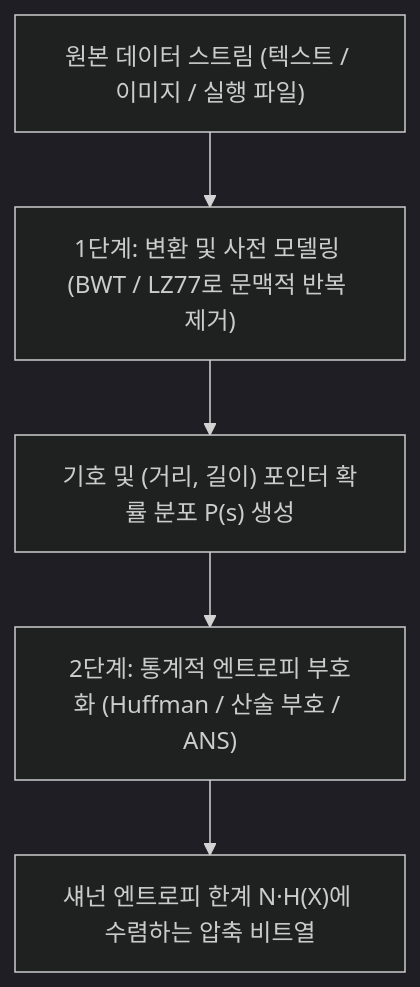
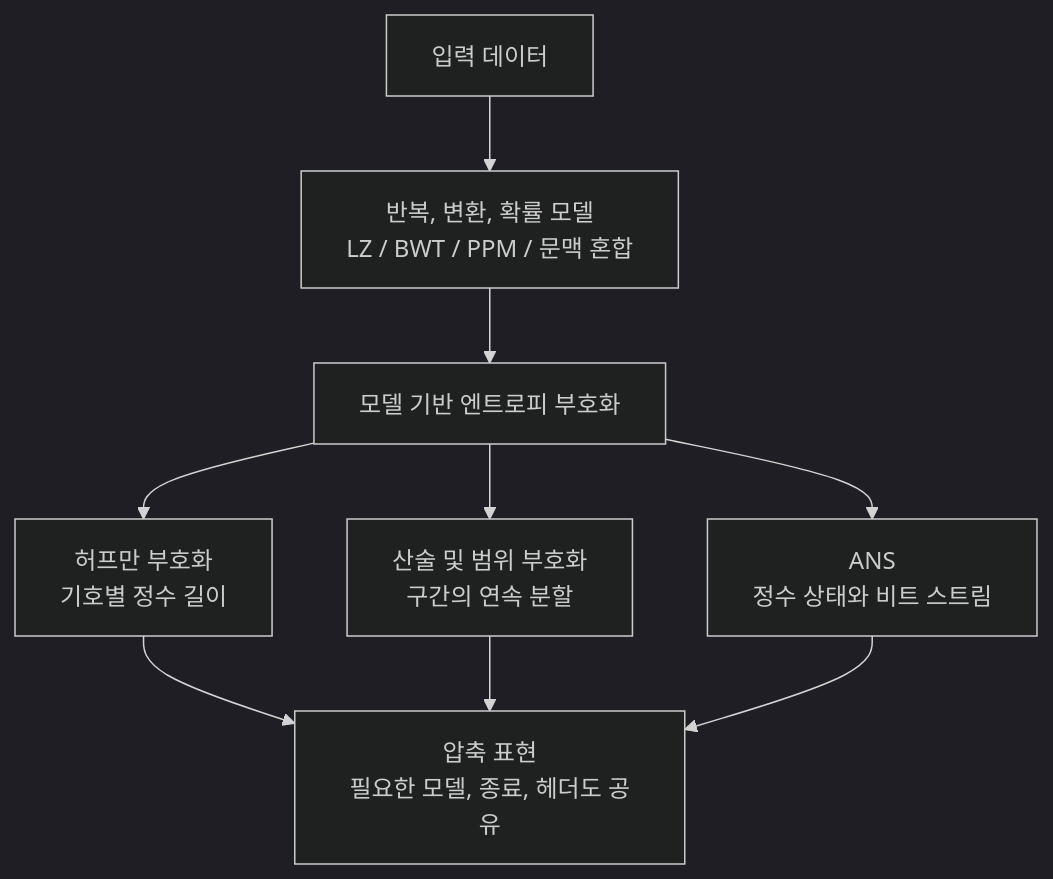
The first of 2 diagrams in content/post/lossless-data-compression-shannon-entropy-huffman-lz77-arithmetic-coding-ans/index.ko.md (kenjinote/blog), drawn with Mermaid (dark theme) before and after one commit. The commit also changed other lines of this file and 8 other files, not shown here.

````diff
--- a/content/post/lossless-data-compression-shannon-entropy-huffman-lz77-arithmetic-coding-ans/index.ko.md
+++ b/content/post/lossless-data-compression-shannon-entropy-huffman-lz77-arithmetic-coding-ans/index.ko.md
@@ -57,7 +148,11 @@
 ```mermaid
 flowchart TD
-    A["원본 데이터 스트림 (텍스트 / 이미지 / 실행 파일)"] --> B["1단계: 변환 및 사전 모델링 (BWT / LZ77로 문맥적 반복 제거)"]
-    B --> C["기호 및 (거리, 길이) 포인터 확률 분포 P(s) 생성"]
-    C --> D["2단계: 통계적 엔트로피 부호화 (Huffman / 산술 부호 / ANS)"]
-    D --> E["섀넌 엔트로피 한계 N·H(X)에 수렴하는 압축 비트열"]
+    Raw["입력 데이터"] --> Model["반복, 변환, 확률 모델<br/>LZ / BWT / PPM / 문맥 혼합"]
+    Model --> Entropy["모델 기반 엔트로피 부호화"]
+    Entropy --> Huff["허프만 부호화<br/>기호별 정수 길이"]
+    Entropy --> Arithmetic["산술 및 범위 부호화<br/>구간의 연속 분할"]
+    Entropy --> ANS["ANS<br/>정수 상태와 비트 스트림"]
+    Huff --> Out["압축 표현<br/>필요한 모델, 종료, 헤더도 공유"]
+    Arithmetic --> Out
+    ANS --> Out
 ```
````
